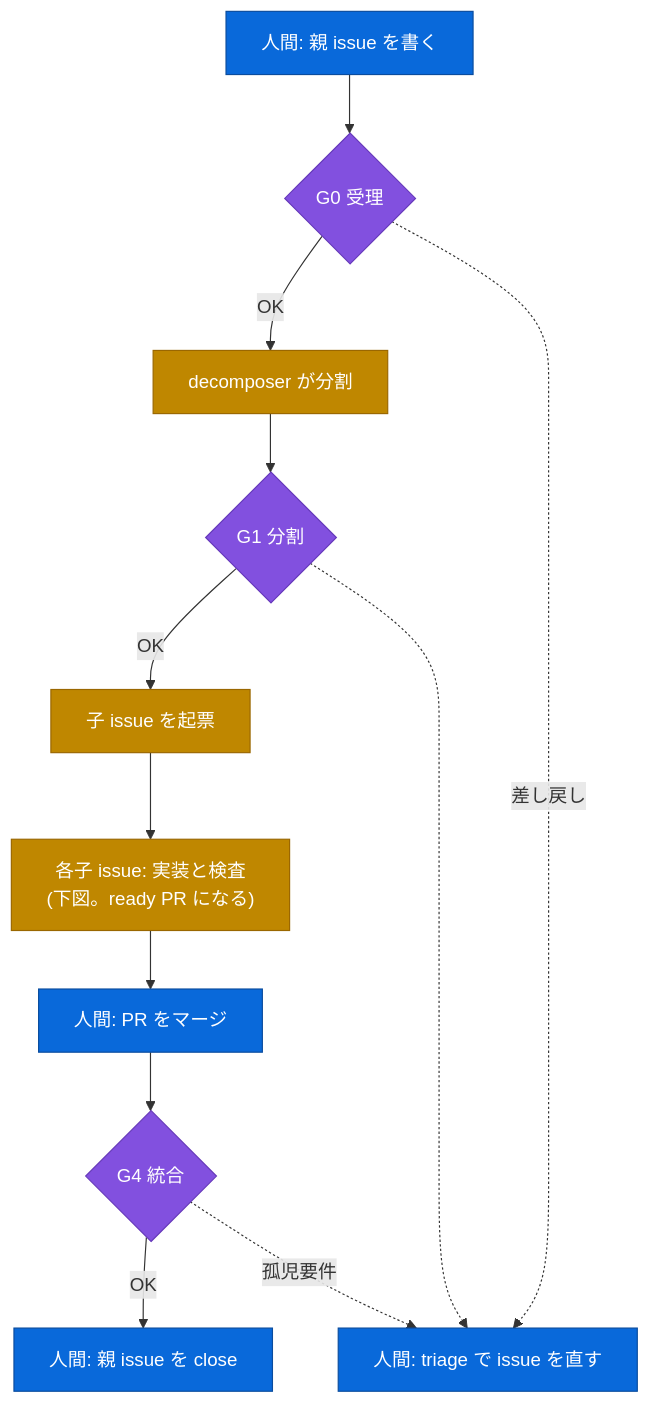
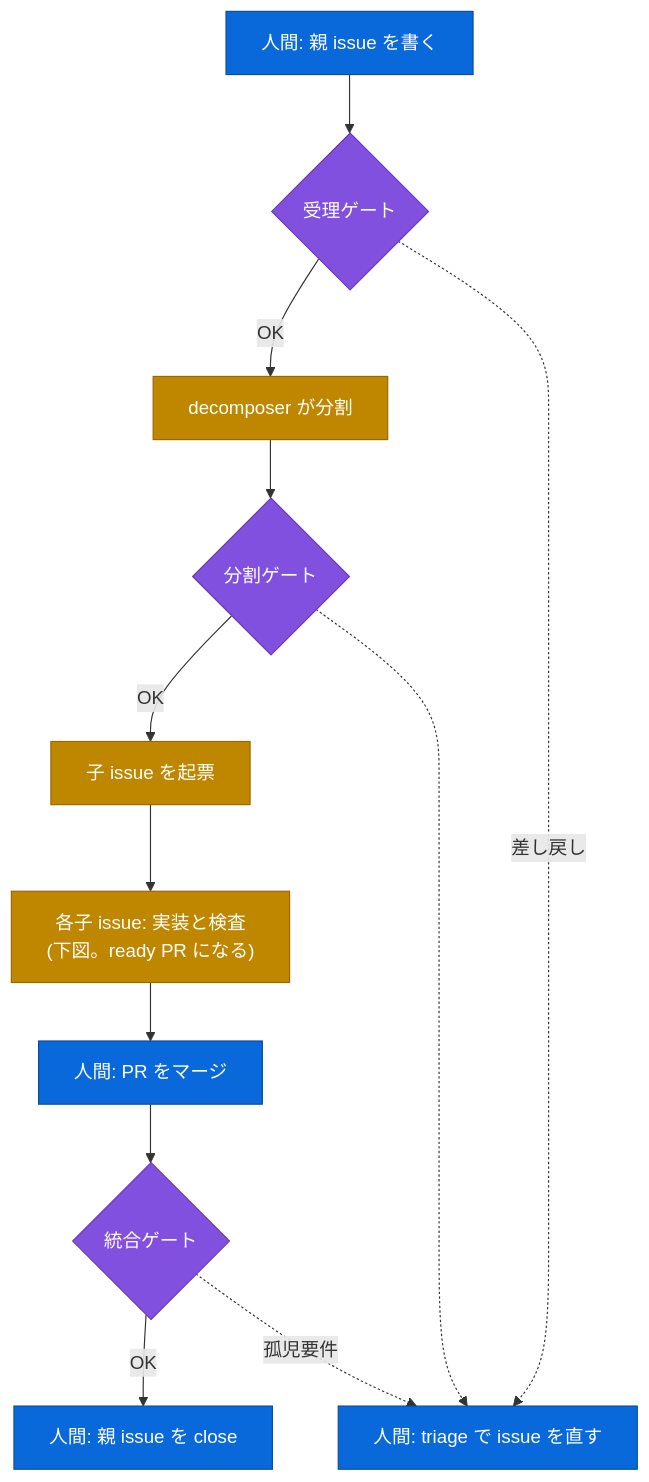
Before and after one commit to reonyanarticle/tasuki: the first of 2 diagrams in README.md, drawn with Mermaid. The commit also changed other lines of this file and 26 other files, not shown here.

````diff
--- a/README.md
+++ b/README.md
@@ -52,22 +56,22 @@
 ```mermaid
 flowchart TD
     accTitle: tasuki の全体の流れ
-    accDescr: 人間が親 issue を書くと、G0 受理と G1 分割を経て子 issue に分かれる。各子はループが実装と検査を行い ready PR になる。人間がマージし、G4 統合を経て人間が親 issue を close する。ゲートの差し戻しは triage として人間に戻る。
+    accDescr: 人間が親 issue を書くと、受理ゲートと分割ゲートを経て子 issue に分かれる。各子はループが実装と検査を行い ready PR になる。人間がマージし、統合ゲートを経て人間が親 issue を close する。ゲートの差し戻しは triage として人間に戻る。
     classDef human fill:#0969da,stroke:#0a4c9e,color:#fff
     classDef gate fill:#8250df,stroke:#6639ba,color:#fff
     classDef work fill:#bf8700,stroke:#9a6700,color:#fff
 
-    H0["人間: 親 issue を書く"]:::human --> G0{"G0 受理"}:::gate
-    G0 -->|OK| D["decomposer が分割"]:::work
-    D --> G1{"G1 分割"}:::gate
-    G1 -->|OK| C["子 issue を起票"]:::work
+    H0["人間: 親 issue を書く"]:::human --> intake{"受理ゲート"}:::gate
+    intake -->|OK| D["decomposer が分割"]:::work
+    D --> split{"分割ゲート"}:::gate
+    split -->|OK| C["子 issue を起票"]:::work
     C --> IN["各子 issue: 実装と検査<br/>(下図。ready PR になる)"]:::work
     IN --> HM["人間: PR をマージ"]:::human
-    HM --> G4{"G4 統合"}:::gate
-    G4 -->|OK| HC["人間: 親 issue を close"]:::human
+    HM --> integration{"統合ゲート"}:::gate
+    integration -->|OK| HC["人間: 親 issue を close"]:::human
 
     T["人間: triage で issue を直す"]:::human
-    G0 -.->|差し戻し| T
-    G1 -.-> T
-    G4 -.->|孤児要件| T
+    intake -.->|差し戻し| T
+    split -.-> T
+    integration -.->|孤児要件| T
 ```
````
